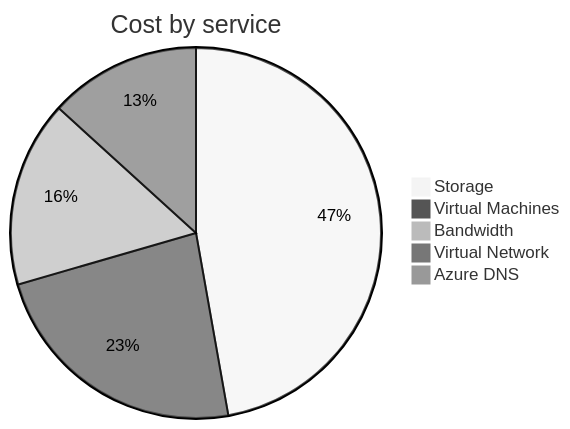
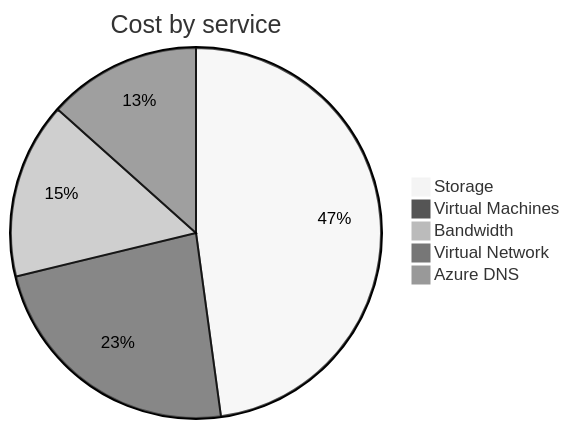
One commit to jpfulton/azure-personal-reports changed the second of 4 diagrams in cost-reports/personal-network/README.md. Above: the diagram before and after it, drawn with Mermaid (neutral theme). The commit also changed other lines of this file and 8 other files, not shown here.

````diff
--- a/cost-reports/personal-network/README.md
+++ b/cost-reports/personal-network/README.md
@@ -99,9 +99,9 @@
 ```mermaid
 pie
    title Cost by service
-   "Storage" : 13.61
-   "Virtual Machines" : 6.72
+   "Storage" : 14.55
+   "Virtual Machines" : 7.11
    "Bandwidth" : 4.68
-   "Virtual Network" : 3.82
-   "Azure DNS" : 0.26
+   "Virtual Network" : 4.07
+   "Azure DNS" : 0.27
 ```
````
